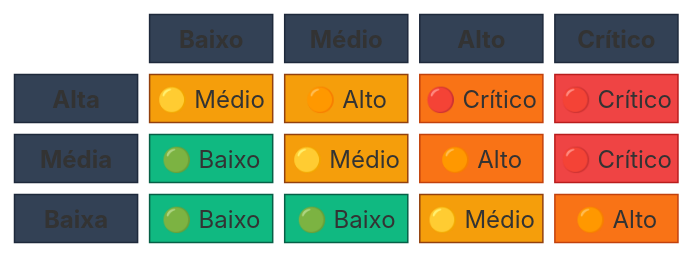
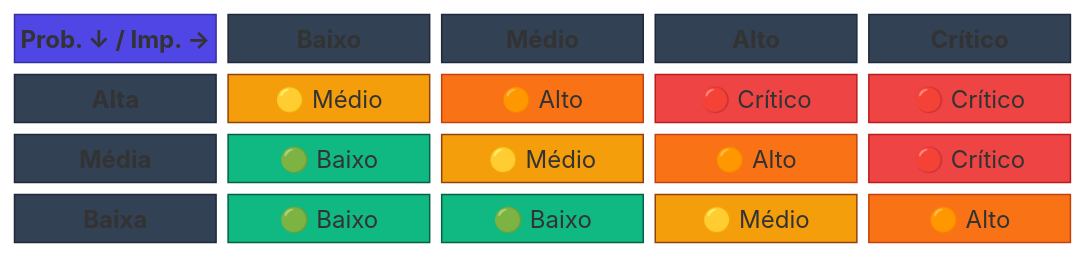
One commit to Evilazaro/Azure-LogicApps-Monitoring changed the ninth of 9 diagrams in docs/planoProjetoModernizacao.md. Above: the diagram before and after it, drawn with Mermaid. The commit also changed other lines of this file, not shown here.

Commit message:
Update architecture and severity matrix diagrams

````diff
--- a/docs/planoProjetoModernizacao.md
+++ b/docs/planoProjetoModernizacao.md
@@ -1630,25 +1637,72 @@
 ```mermaid
 ---
 title: "Matriz de Severidade (Probabilidade × Impacto)"
 ---
 block-beta
+  %% ═══════════════════════════════════════════════════════════════
+  %% DIAGRAMA: Matriz de Severidade (Probabilidade × Impacto)
+  %% PROPÓSITO: Ilustrar como a combinação de probabilidade e impacto
+  %%            determina a severidade de riscos e premissas
+  %% USO: Classificar e priorizar ações de mitigação/monitoramento
+  %% ═══════════════════════════════════════════════════════════════
+
   columns 5
 
-  space:1 B["Baixo"]:1 M["Médio"]:1 A["Alto"]:1 C["Crítico"]:1
+  %% ───────────────────────────────────────────────────────────────
+  %% LINHA DE CABEÇALHO: Labels dos eixos e níveis de Impacto
+  %% ───────────────────────────────────────────────────────────────
+  EIXOS["Prob. ↓ / Imp. →"]:1 B["Baixo"]:1 M["Médio"]:1 A["Alto"]:1 C["Crítico"]:1
 
+  %% ───────────────────────────────────────────────────────────────
+  %% LINHA 1: Probabilidade ALTA
+  %% - Baixo impacto → Médio (🟡)
+  %% - Médio impacto → Alto (🟠)
+  %% - Alto/Crítico impacto → Crítico (🔴)
+  %% ───────────────────────────────────────────────────────────────
   PA["Alta"]:1 PA_B["🟡 Médio"]:1 PA_M["🟠 Alto"]:1 PA_A["🔴 Crítico"]:1 PA_C["🔴 Crítico"]:1
+
+  %% ───────────────────────────────────────────────────────────────
+  %% LINHA 2: Probabilidade MÉDIA
+  %% - Baixo impacto → Baixo (🟢)
+  %% - Médio impacto → Médio (🟡)
+  %% - Alto impacto → Alto (🟠)
+  %% - Crítico impacto → Crítico (🔴)
+  %% ───────────────────────────────────────────────────────────────
   PM["Média"]:1 PM_B["🟢 Baixo"]:1 PM_M["🟡 Médio"]:1 PM_A["🟠 Alto"]:1 PM_C["🔴 Crítico"]:1
+
+  %% ───────────────────────────────────────────────────────────────
+  %% LINHA 3: Probabilidade BAIXA
+  %% - Baixo/Médio impacto → Baixo (🟢)
+  %% - Alto impacto → Médio (🟡)
+  %% - Crítico impacto → Alto (🟠)
+  %% ───────────────────────────────────────────────────────────────
   PB["Baixa"]:1 PB_B["🟢 Baixo"]:1 PB_M["🟢 Baixo"]:1 PB_A["🟡 Médio"]:1 PB_C["🟠 Alto"]:1
 
+  %% ═══════════════════════════════════════════════════════════════
+  %% DEFINIÇÃO DE ESTILOS
+  %% ═══════════════════════════════════════════════════════════════
+
+  %% Estilo do cabeçalho (cinza escuro)
   classDef header fill:#334155,stroke:#1E293B,color:#FFFFFF,font-weight:bold
+
+  %% Estilo do label dos eixos (Indigo)
+  classDef eixo fill:#4F46E5,stroke:#3730A3,color:#FFFFFF,font-weight:bold
+
+  %% Paleta de cores por severidade:
+  %% - Baixo (🟢): Emerald #10B981
+  %% - Médio (🟡): Amber #F59E0B
+  %% - Alto (🟠): Orange #F97316
+  %% - Crítico (🔴): Red #EF4444
   classDef baixo fill:#10B981,stroke:#065F46,color:#FFFFFF
   classDef medio fill:#F59E0B,stroke:#92400E,color:#FFFFFF
   classDef alto fill:#F97316,stroke:#C2410C,color:#FFFFFF
   classDef critico fill:#EF4444,stroke:#B91C1C,color:#FFFFFF
 
+  %% Aplicação das classes
   class B,M,A,C,PA,PM,PB header
+  class EIXOS eixo
   class PM_B,PB_B,PB_M baixo
-  class PA_B,PA_M,PM_M,PB_A medio
-  class PA_A,PM_A,PB_C alto
-  class PA_C,PM_C critico
+  class PA_B,PM_M,PB_A medio
+  class PA_M,PM_A,PB_C alto
+  class PA_A,PA_C,PM_C critico
 ```
````
